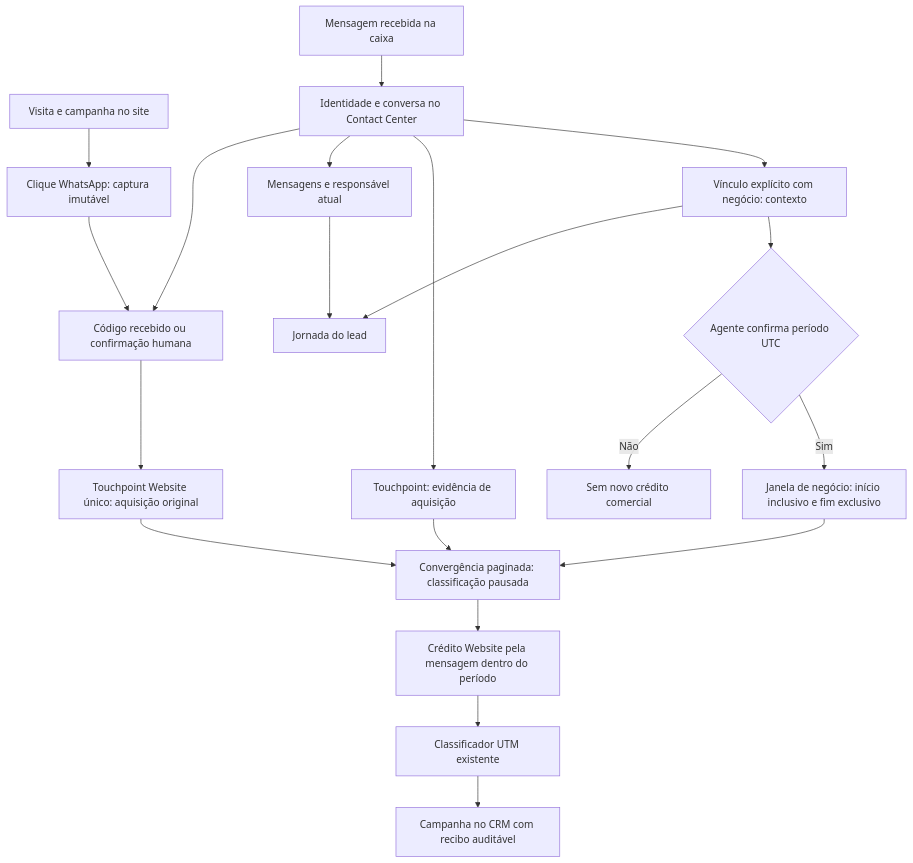
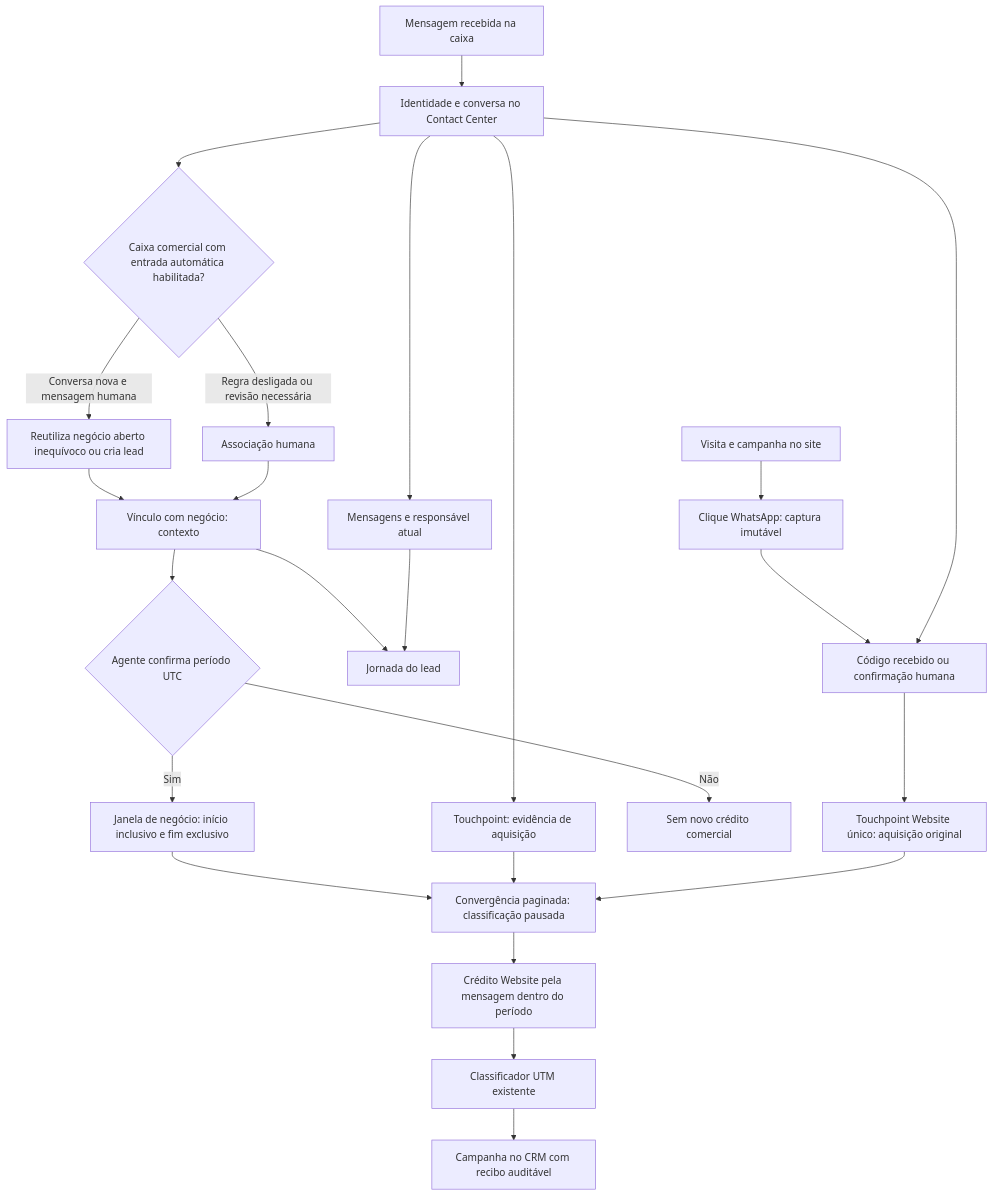
One commit to soloztech/contact-center changed the diagram in docs/crm-journey.md. Above: the diagram before and after it, drawn with Mermaid. The commit also changed other lines of this file and 20 other files, not shown here.

````diff
--- a/docs/crm-journey.md
+++ b/docs/crm-journey.md
@@ -10,22 +10,26 @@
 ```mermaid
 flowchart TD
     V[Visita e campanha no site] --> H[Clique WhatsApp: captura imutável]
     H --> R[Código recebido ou confirmação humana]
     W[Mensagem recebida na caixa] --> I[Identidade e conversa no Contact Center]
     I --> R
     R --> E[Touchpoint Website único: aquisição original]
     I --> M[Mensagens e responsável atual]
     I --> T[Touchpoint: evidência de aquisição]
-    I --> C[Vínculo explícito com negócio: contexto]
+    I --> O{Caixa comercial com entrada automática habilitada?}
+    O -->|Conversa nova e mensagem humana| B[Reutiliza negócio aberto inequívoco ou cria lead]
+    B --> C[Vínculo com negócio: contexto]
+    O -->|Regra desligada ou revisão necessária| X[Associação humana]
+    X --> C
     C --> J[Jornada do lead]
     C --> D{Agente confirma período UTC}
     D -->|Não| N[Sem novo crédito comercial]
     D -->|Sim| P[Janela de negócio: início inclusivo e fim exclusivo]
     P --> Q[Convergência paginada: classificação pausada]
     T --> Q
     E --> Q
     Q --> A[Crédito Website pela mensagem dentro do período]
     A --> U[Classificador UTM existente]
     U --> L[Campanha no CRM com recibo auditável]
     M --> J
 ```
````
